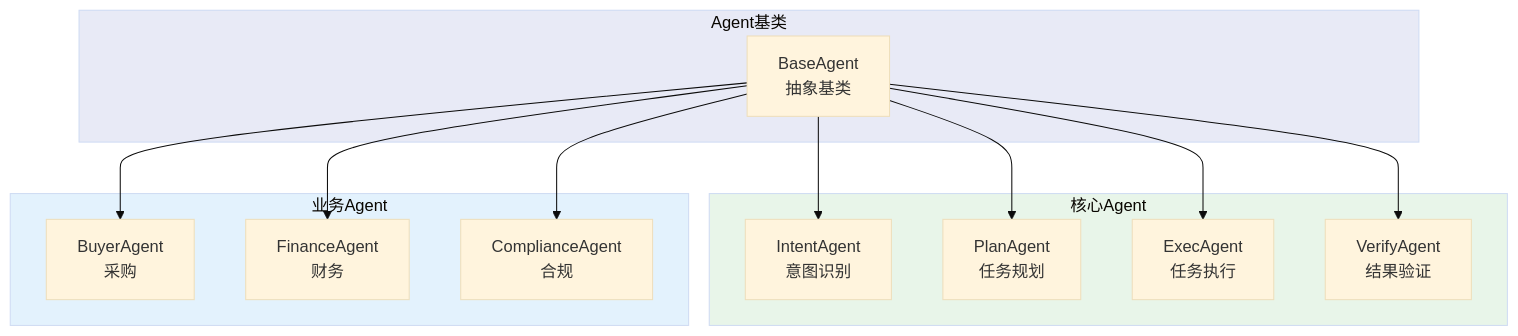
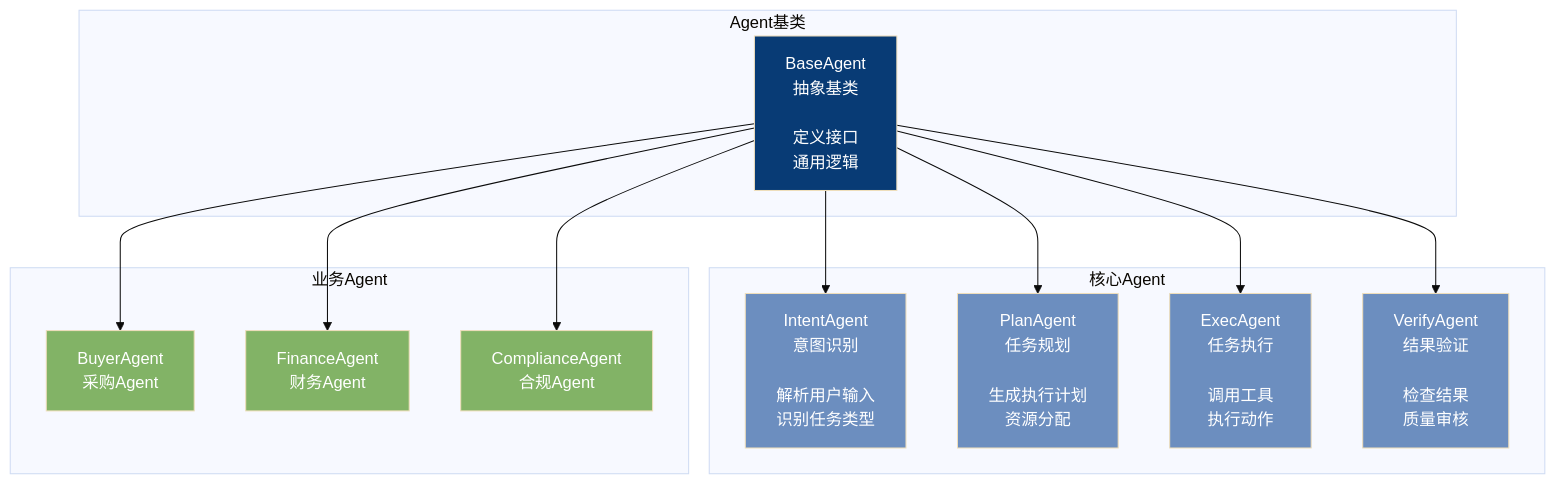
Before and after one commit to Aiting-for-you/OpsPilot: the first of 2 diagrams in OpsPilot/docs/architecture/module-agent.md, drawn with Mermaid (base theme). The commit also changed other lines of this file and 6 other files, not shown here.

Commit message:
style: 重构架构图设计，采用C4模型原则

````diff
--- a/OpsPilot/docs/architecture/module-agent.md
+++ b/OpsPilot/docs/architecture/module-agent.md
@@ -5,32 +5,36 @@
 ```mermaid
 graph TB
     subgraph Agent基类
-        BASE["BaseAgent<br/>抽象基类"]
+        BASE[BaseAgent<br/>抽象基类<br/><br/>定义接口<br/>通用逻辑]
     end
-    
+
     subgraph 核心Agent
-        INTENT["IntentAgent<br/>意图识别"]
-        PLAN["PlanAgent<br/>任务规划"]
-        EXEC["ExecAgent<br/>任务执行"]
-        VERIFY["VerifyAgent<br/>结果验证"]
+        INTENT[IntentAgent<br/>意图识别<br/><br/>解析用户输入<br/>识别任务类型]
+        PLAN[PlanAgent<br/>任务规划<br/><br/>生成执行计划<br/>资源分配]
+        EXEC[ExecAgent<br/>任务执行<br/><br/>调用工具<br/>执行动作]
+        VERIFY[VerifyAgent<br/>结果验证<br/><br/>检查结果<br/>质量审核]
     end
-    
+
     subgraph 业务Agent
-        BUYER["BuyerAgent<br/>采购"]
-        FINANCE["FinanceAgent<br/>财务"]
-        COMPLIANCE["ComplianceAgent<br/>合规"]
+        BUYER[BuyerAgent<br/>采购Agent]
+        FINANCE[FinanceAgent<br/>财务Agent]
+        COMPLIANCE[ComplianceAgent<br/>合规Agent]
     end
-    
+
     BASE --> INTENT
     BASE --> PLAN
     BASE --> EXEC
     BASE --> VERIFY
-    
     BASE --> BUYER
     BASE --> FINANCE
     BASE --> COMPLIANCE
 
-    style Agent基类 fill:#e8eaf6
-    style 核心Agent fill:#e8f5e9
-    style 业务Agent fill:#e3f2fd
+    style BASE fill:#083B75,color:#fff
+    style INTENT fill:#6C8EBF,color:#fff
+    style PLAN fill:#6C8EBF,color:#fff
+    style EXEC fill:#6C8EBF,color:#fff
+    style VERIFY fill:#6C8EBF,color:#fff
+    style BUYER fill:#82B366,color:#fff
+    style FINANCE fill:#82B366,color:#fff
+    style COMPLIANCE fill:#82B366,color:#fff
 ```
````
